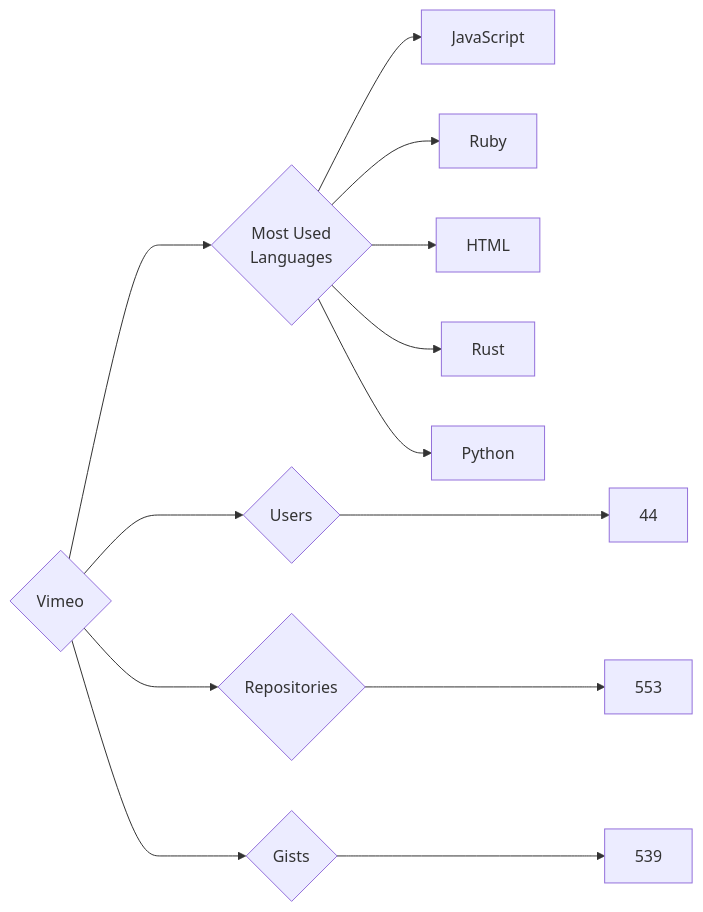
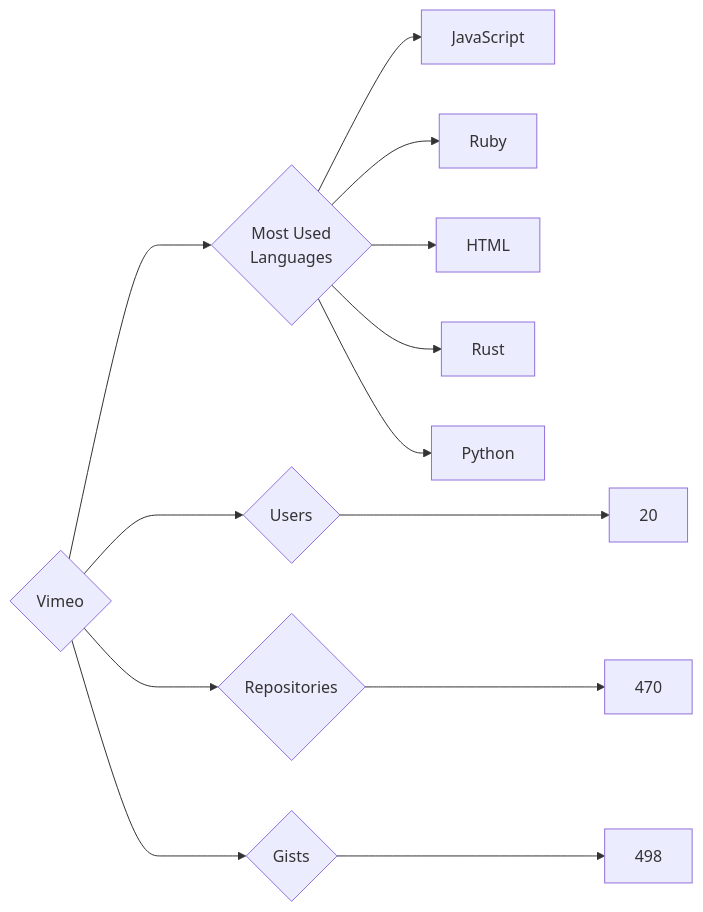
The diagram in targets/Vimeo/README.md (trickest/insiders), drawn with Mermaid before and after one commit. The commit also changed 829 other files, not shown here.

````diff
--- a/targets/Vimeo/README.md
+++ b/targets/Vimeo/README.md
@@ -3,13 +3,13 @@
 ```mermaid
 graph LR
 COMPANY_NAME{Vimeo}
-COMPANY_NAME ---> U{Users} ---> UN[44]
-COMPANY_NAME ---> R{Repositories} ---> RN[553]
-COMPANY_NAME ---> G{Gists} ---> GN[539]
+COMPANY_NAME ---> U{Users} ---> UN[20]
+COMPANY_NAME ---> R{Repositories} ---> RN[470]
+COMPANY_NAME ---> G{Gists} ---> GN[498]
 COMPANY_NAME ---> ML{Most Used<br>Languages}
 ML --> JavaScript[JavaScript]
 ML --> Ruby[Ruby]
 ML --> HTML[HTML]
 ML --> Rust[Rust]
 ML --> Python[Python]
 ```
````
